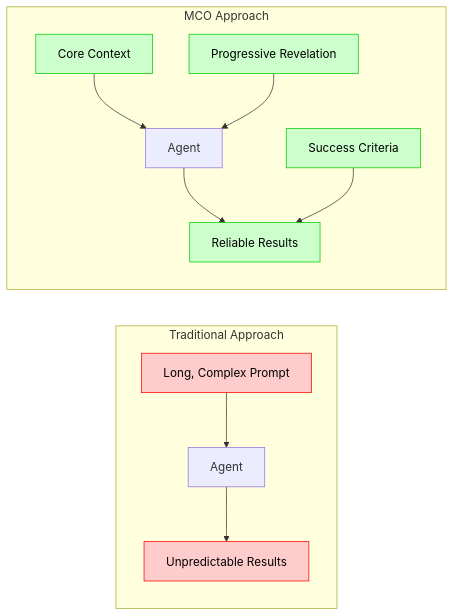
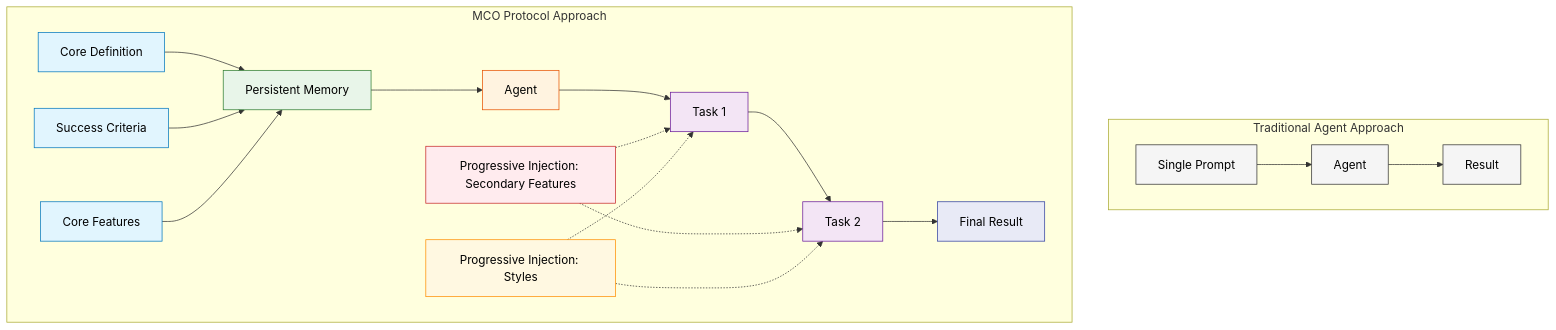
Before and after one commit to paradiselabs-ai/MCO-Protocol: the first of 4 diagrams in docs/documentation.md, drawn with Mermaid.

````diff
--- a/docs/documentation.md
+++ b/docs/documentation.md
@@ -21,21 +21,36 @@
 ```mermaid
-flowchart LR
-    subgraph "Traditional Approach"
-        A1[Long, Complex Prompt] --> B1[Agent]
-        B1 --> C1[Unpredictable Results]
+graph TD
+    subgraph Traditional ["Traditional Agent Approach"]
+        TA[Single Prompt] --> TB[Agent]
+        TB --> TC[Result]
+        style TA fill:#f5f5f5,stroke:#333,color:#000000
+        style TB fill:#f5f5f5,stroke:#333,color:#000000
+        style TC fill:#f5f5f5,stroke:#333,color:#000000
     end
     
-    subgraph "MCO Approach"
-        A2[Core Context] --> B2[Agent]
-        D2[Progressive Revelation] --> B2
-        B2 --> C2[Reliable Results]
-        E2[Success Criteria] --> C2
+    subgraph MCO ["MCO Protocol Approach"]
+        MA[Core Definition] --> MB[Persistent Memory]
+        MC[Success Criteria] --> MB
+        MD[Core Features] --> MB
+        MB --> ME[Agent]
+        ME --> MF[Task 1]
+        MF --> MG[Task 2]
+        MG --> MH[Final Result]
+        
+        MI[Progressive Injection: Secondary Features] -.-> MF
+        MI -.-> MG
+        MJ[Progressive Injection: Styles] -.-> MF
+        MJ -.-> MG
+        
+        style MA fill:#e1f5fe,stroke:#0277bd,color:#000000
+        style MB fill:#e8f5e9,stroke:#2e7d32,color:#000000
+        style MC fill:#e1f5fe,stroke:#0277bd,color:#000000
+        style MD fill:#e1f5fe,stroke:#0277bd,color:#000000
+        style ME fill:#fff3e0,stroke:#e65100,color:#000000
+        style MF fill:#f3e5f5,stroke:#6a1b9a,color:#000000
+        style MG fill:#f3e5f5,stroke:#6a1b9a,color:#000000
+        style MH fill:#e8eaf6,stroke:#303f9f,color:#000000
+        style MI fill:#ffebee,stroke:#c62828,color:#000000
+        style MJ fill:#fff8e1,stroke:#ff8f00,color:#000000
     end
-    
-    style A1 fill:#ffcccc,stroke:#ff0000,color:#000000
-    style C1 fill:#ffcccc,stroke:#ff0000,color:#000000
-    style A2 fill:#ccffcc,stroke:#00cc00,color:#000000
-    style D2 fill:#ccffcc,stroke:#00cc00,color:#000000
-    style E2 fill:#ccffcc,stroke:#00cc00,color:#000000
-    style C2 fill:#ccffcc,stroke:#00cc00,color:#000000
 ```
````
